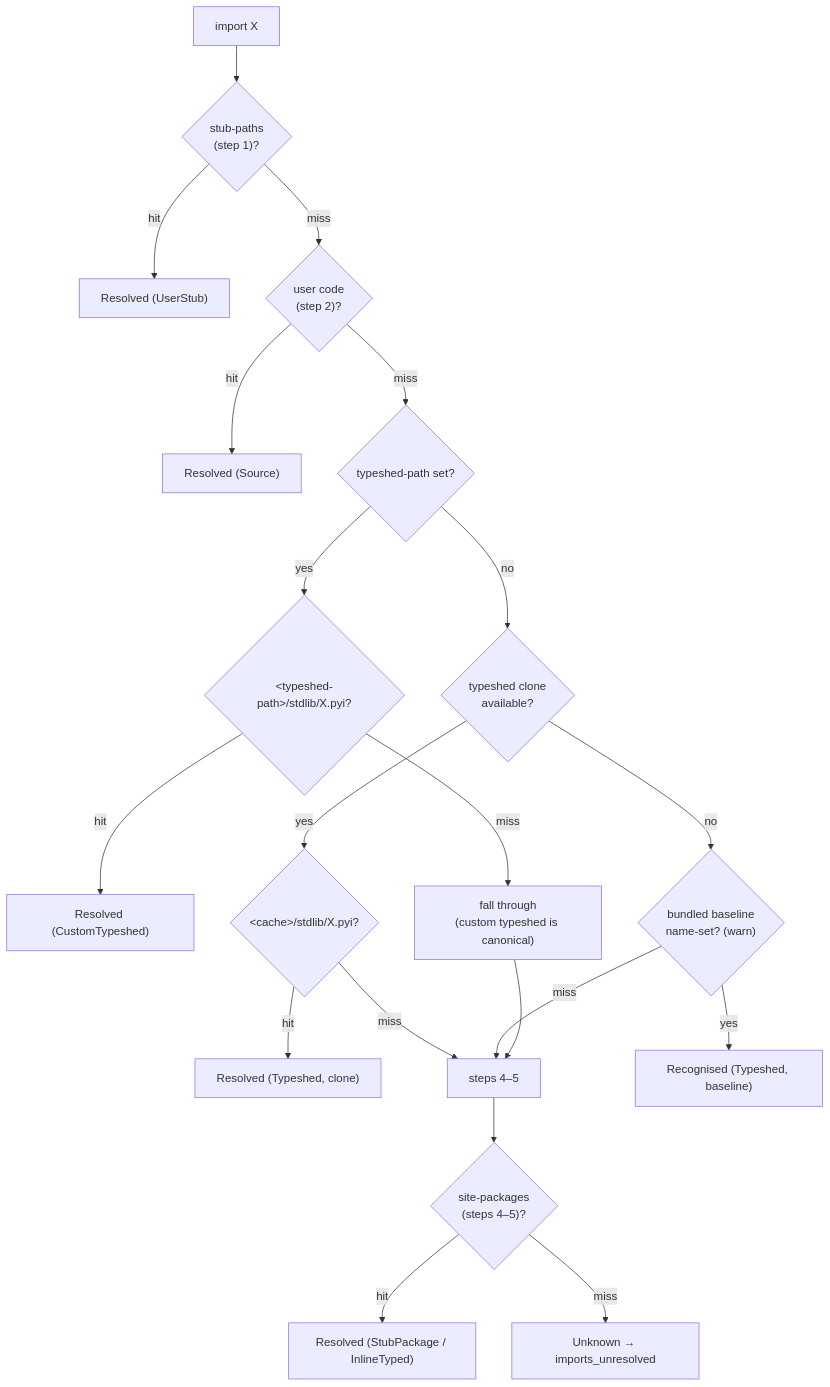
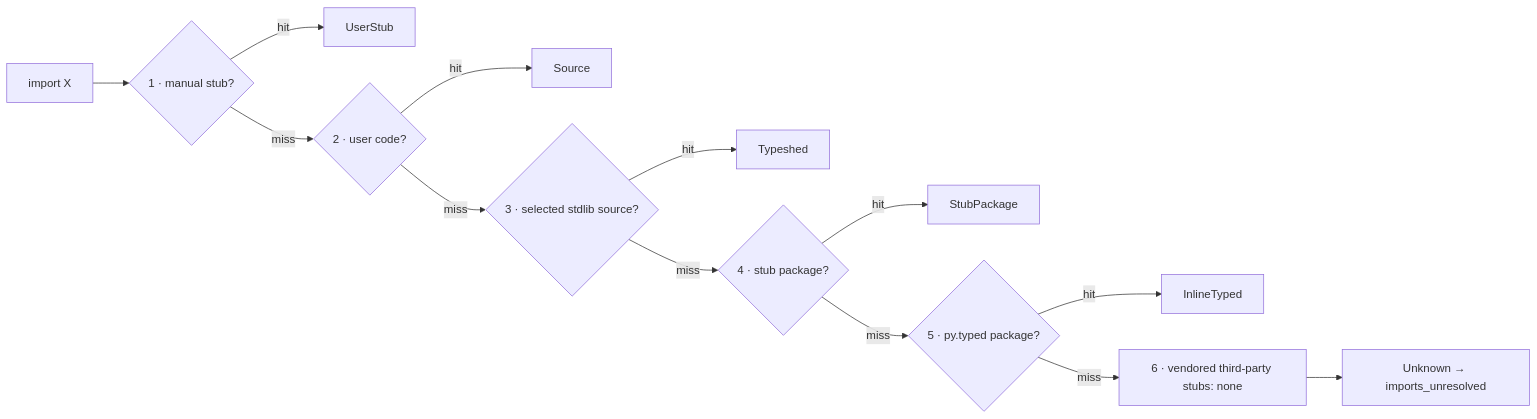
Before and after one commit to Nimblesite/Basilisk: the diagram in docs/specs/CHECKER-STUB-RESOLUTION-SPEC.md, drawn with Mermaid. The commit also changed other lines of this file and 3 other files, not shown here.

````diff
--- a/docs/specs/CHECKER-STUB-RESOLUTION-SPEC.md
+++ b/docs/specs/CHECKER-STUB-RESOLUTION-SPEC.md
@@ -208,22 +169,15 @@
 ```mermaid
-flowchart TB
-    A["import X"] --> B{"stub-paths<br/>(step 1)?"}
-    B -- hit --> Z["Resolved (UserStub)"]
-    B -- miss --> C{"user code<br/>(step 2)?"}
-    C -- hit --> Z2["Resolved (Source)"]
-    C -- miss --> D{"typeshed-path set?"}
-    D -- yes --> E{"&lt;typeshed-path&gt;/stdlib/X.pyi?"}
-    E -- hit --> Z3["Resolved (CustomTypeshed)"]
-    E -- miss --> G["fall through<br/>(custom typeshed is canonical)"]
-    D -- no --> CL{"typeshed clone<br/>available?"}
-    CL -- yes --> EY{"&lt;cache&gt;/stdlib/X.pyi?"}
-    EY -- hit --> Z4["Resolved (Typeshed, clone)"]
-    EY -- miss --> G2["steps 4–5"]
-    CL -- no --> BB{"bundled baseline<br/>name-set? (warn)"}
-    BB -- yes --> Z4b["Recognised (Typeshed, baseline)"]
-    BB -- miss --> G2
-    G --> G2
-    G2 --> H{"site-packages<br/>(steps 4–5)?"}
-    H -- hit --> Z5["Resolved (StubPackage / InlineTyped)"]
-    H -- miss --> U["Unknown → imports_unresolved"]
+flowchart LR
+    A["import X"] --> S1{"1 · manual stub?"}
+    S1 -- hit --> R1["UserStub"]
+    S1 -- miss --> S2{"2 · user code?"}
+    S2 -- hit --> R2["Source"]
+    S2 -- miss --> S3{"3 · selected stdlib source?"}
+    S3 -- hit --> R3["Typeshed"]
+    S3 -- miss --> S4{"4 · stub package?"}
+    S4 -- hit --> R4["StubPackage"]
+    S4 -- miss --> S5{"5 · py.typed package?"}
+    S5 -- hit --> R5["InlineTyped"]
+    S5 -- miss --> S6["6 · vendored third-party stubs: none"]
+    S6 --> U["Unknown → imports_unresolved"]
 ```
````
